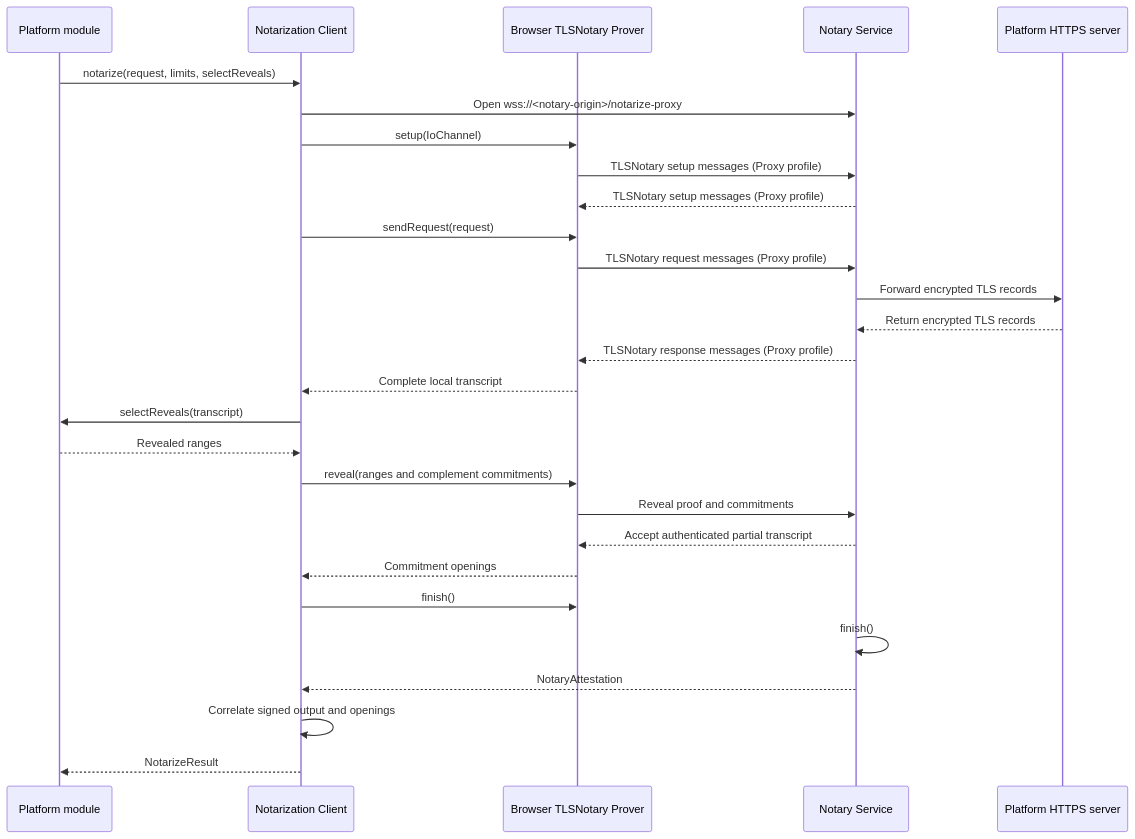
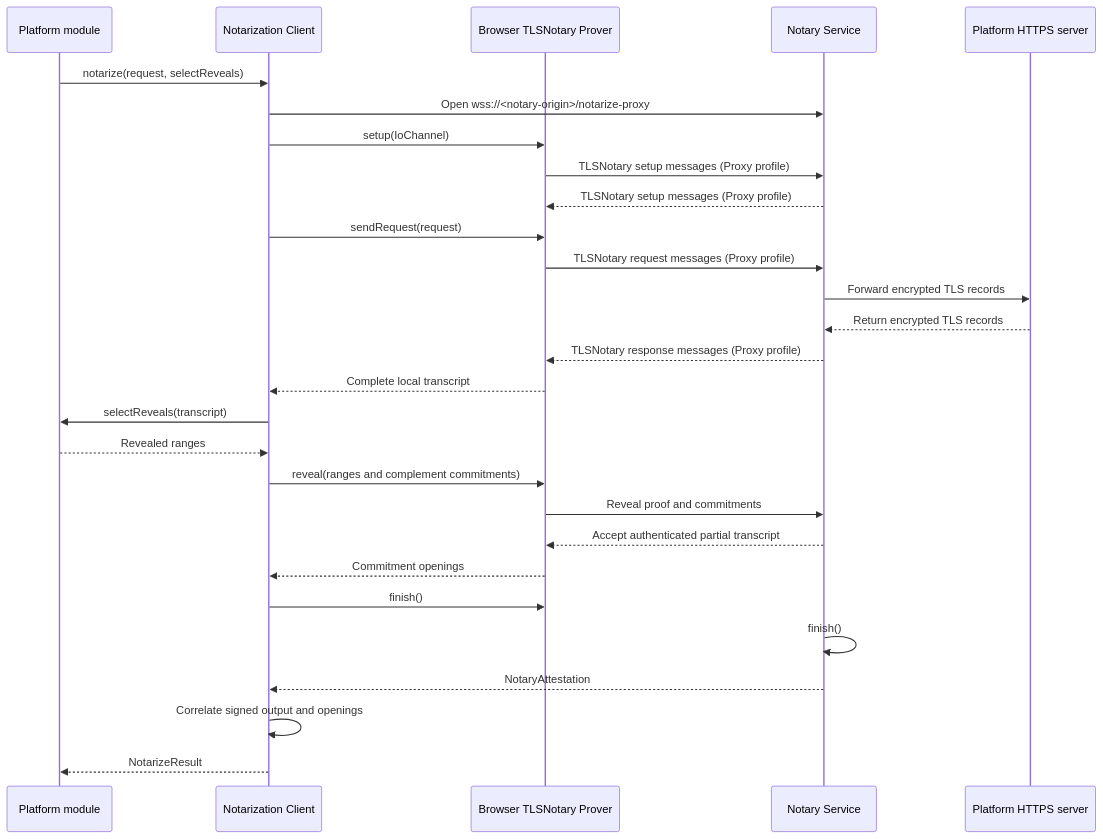
Before and after one commit to libid-org/libid: the diagram in ts/packages/ceremony/NOTARIZATION.md, drawn with Mermaid. The commit also changed other lines of this file and 6 other files, not shown here.

Commit message:
docs(ceremony): simplify browser architecture

````diff
--- a/ts/packages/ceremony/NOTARIZATION.md
+++ b/ts/packages/ceremony/NOTARIZATION.md
@@ -241,31 +227,31 @@
 ```mermaid
 sequenceDiagram
     participant M as Platform module
     participant T as Notarization Client
     participant W as Browser TLSNotary Prover
     participant N as Notary Service
     participant P as Platform HTTPS server
 
-    M->>T: notarize(request, limits, selectReveals)
+    M->>T: notarize(request, selectReveals)
     T->>N: Open wss://<notary-origin>/notarize-proxy
     T->>W: setup(IoChannel)
     W->>N: TLSNotary setup messages (Proxy profile)
     N-->>W: TLSNotary setup messages (Proxy profile)
     T->>W: sendRequest(request)
     W->>N: TLSNotary request messages (Proxy profile)
     N->>P: Forward encrypted TLS records
     P-->>N: Return encrypted TLS records
     N-->>W: TLSNotary response messages (Proxy profile)
     W-->>T: Complete local transcript
     T->>M: selectReveals(transcript)
     M-->>T: Revealed ranges
     T->>W: reveal(ranges and complement commitments)
     W->>N: Reveal proof and commitments
     N-->>W: Accept authenticated partial transcript
     W-->>T: Commitment openings
     T->>W: finish()
     N->>N: finish()
     N-->>T: NotaryAttestation
     T->>T: Correlate signed output and openings
     T-->>M: NotarizeResult
 ```
````
